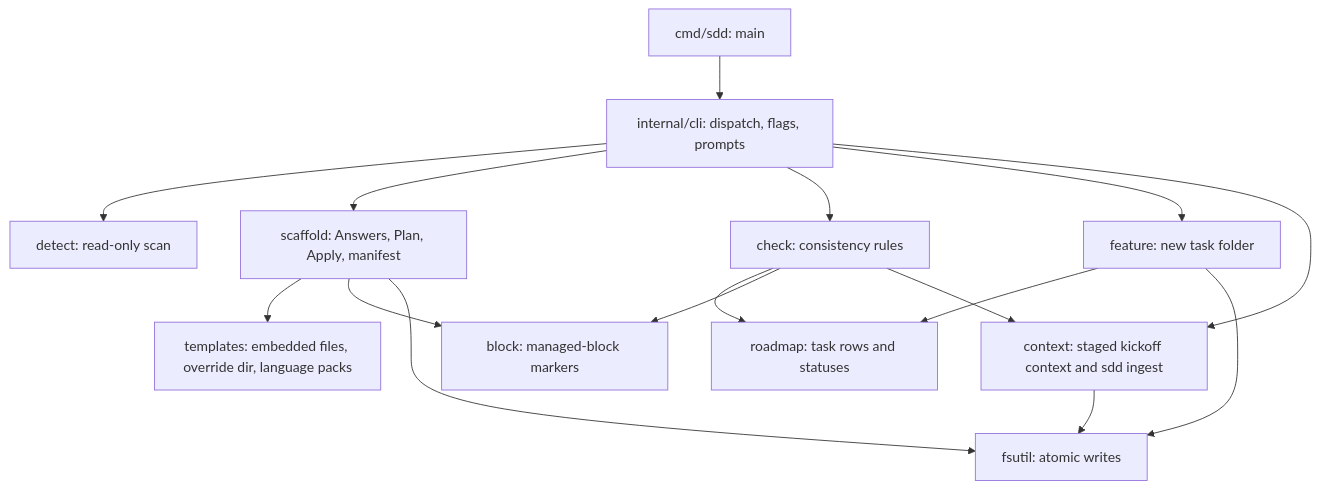
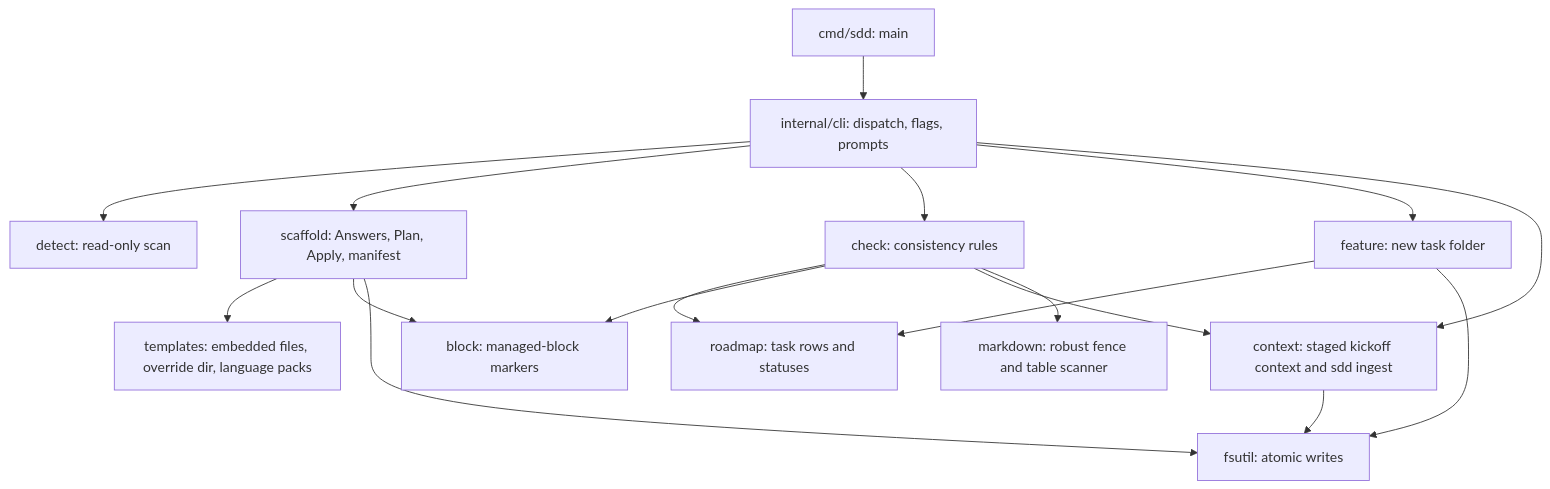
One commit to vikashkumar21/sdd changed the diagram in TECH_STACK.md. Above: the diagram before and after it, drawn with Mermaid. The commit also changed 9 other files, not shown here.

First line of the commit message:
feat(check): add robust markdown fence and table parser (T-008)

````diff
--- a/TECH_STACK.md
+++ b/TECH_STACK.md
@@ -38,18 +38,19 @@
 ```mermaid
 flowchart TD
     M["cmd/sdd: main"] --> C["internal/cli: dispatch, flags, prompts"]
     C --> D["detect: read-only scan"]
     C --> S["scaffold: Answers, Plan, Apply, manifest"]
     S --> T["templates: embedded files, override dir, language packs"]
     S --> B["block: managed-block markers"]
     S --> U["fsutil: atomic writes"]
     C --> K["check: consistency rules"]
     K --> R["roadmap: task rows and statuses"]
     K --> B
     C --> F["feature: new task folder"]
     F --> R
     F --> U
     C --> X["context: staged kickoff context and sdd ingest"]
     X --> U
     K --> X
+    K --> P["markdown: robust fence and table scanner"]
 ```
````
